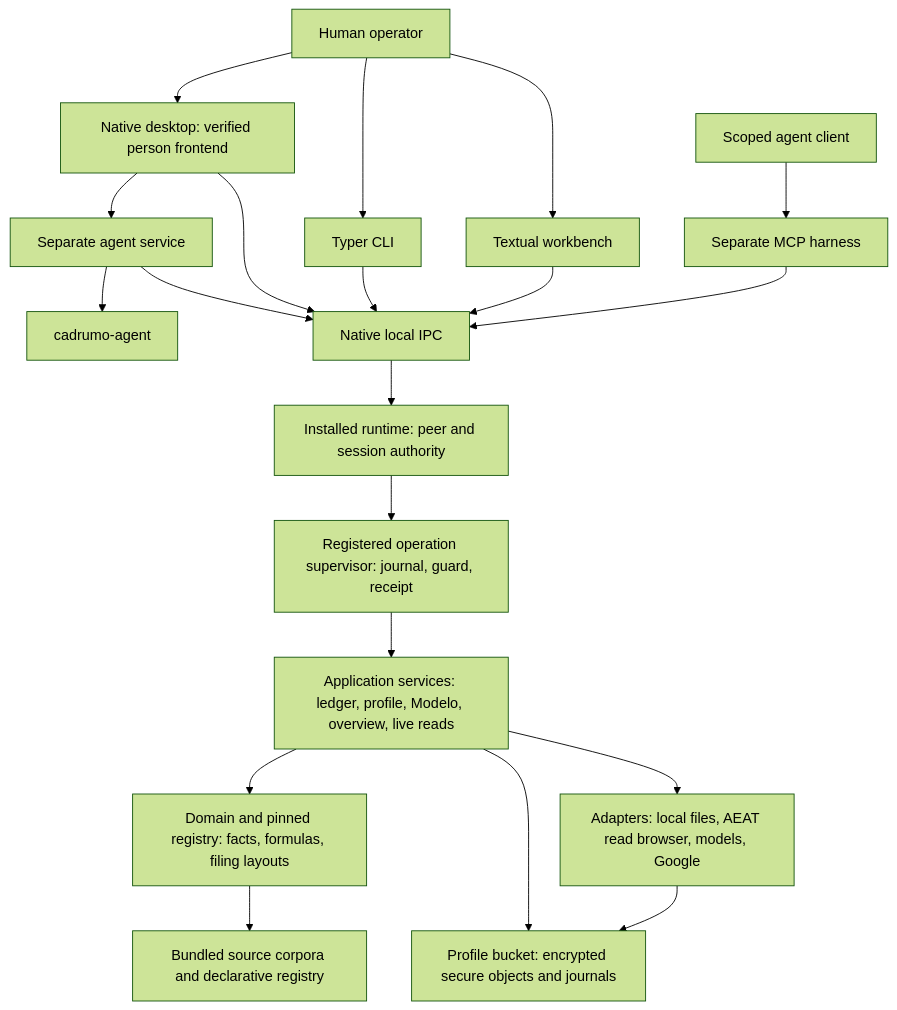
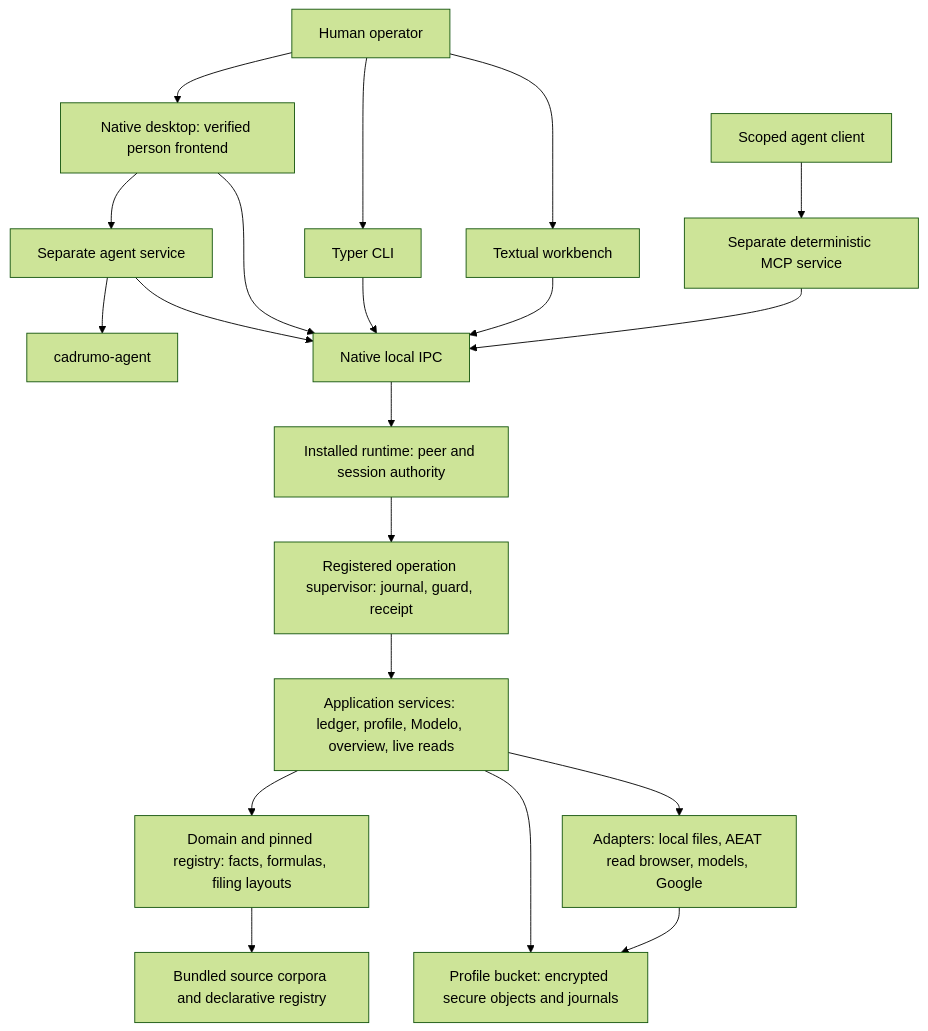
One commit to nevenincs/cadrumo changed the diagram in .gemini/rules/00-architecture.md. Above: the diagram before and after it, drawn with Mermaid (forest theme). The commit also changed other lines of this file and 216 other files, not shown here.

````diff
--- a/.gemini/rules/00-architecture.md
+++ b/.gemini/rules/00-architecture.md
@@ -12,22 +12,22 @@
 ```mermaid
 flowchart TD
   H[Human operator] --> CLI[Typer CLI]
   H --> TUI[Textual workbench]
   H --> DESK[Native desktop: verified person frontend]
   DESK --> AS[Separate agent service]
   AS --> AG[cadrumo-agent]
   AS --> IPC
   DESK --> IPC
-  A[Scoped agent client] --> MCP[Separate MCP harness]
+  A[Scoped agent client] --> MCP[Separate deterministic MCP service]
   CLI --> IPC[Native local IPC]
   TUI --> IPC
   MCP --> IPC
   IPC --> R[Installed runtime: peer and session authority]
   R --> O[Registered operation supervisor: journal, guard, receipt]
   O --> APP[Application services: ledger, profile, Modelo, overview, live reads]
   APP --> D[Domain and pinned registry: facts, formulas, filing layouts]
   APP --> S[Profile bucket: encrypted secure objects and journals]
   APP --> EXT[Adapters: local files, AEAT read browser, models, Google]
   EXT --> S
   D --> K[Bundled source corpora and declarative registry]
 ```
````
